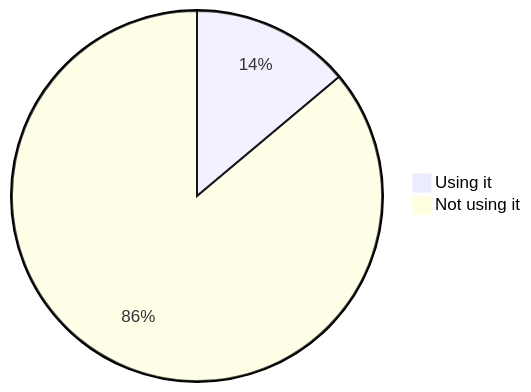
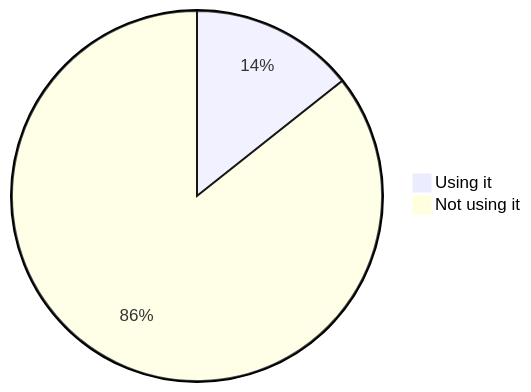
One commit to oshp/oshp-stats changed the fourth of 22 diagrams in stats.md. Above: the diagram before and after it, drawn with Mermaid. The commit also changed other lines of this file, not shown here.

````diff
--- a/stats.md
+++ b/stats.md
@@ -46,6 +46,6 @@
 ```mermaid
 pie
-	"Using it" : 13.89
-	"Not using it" : 86.11
+	"Using it" : 14.33
+	"Not using it" : 85.67
 
 ```
````
